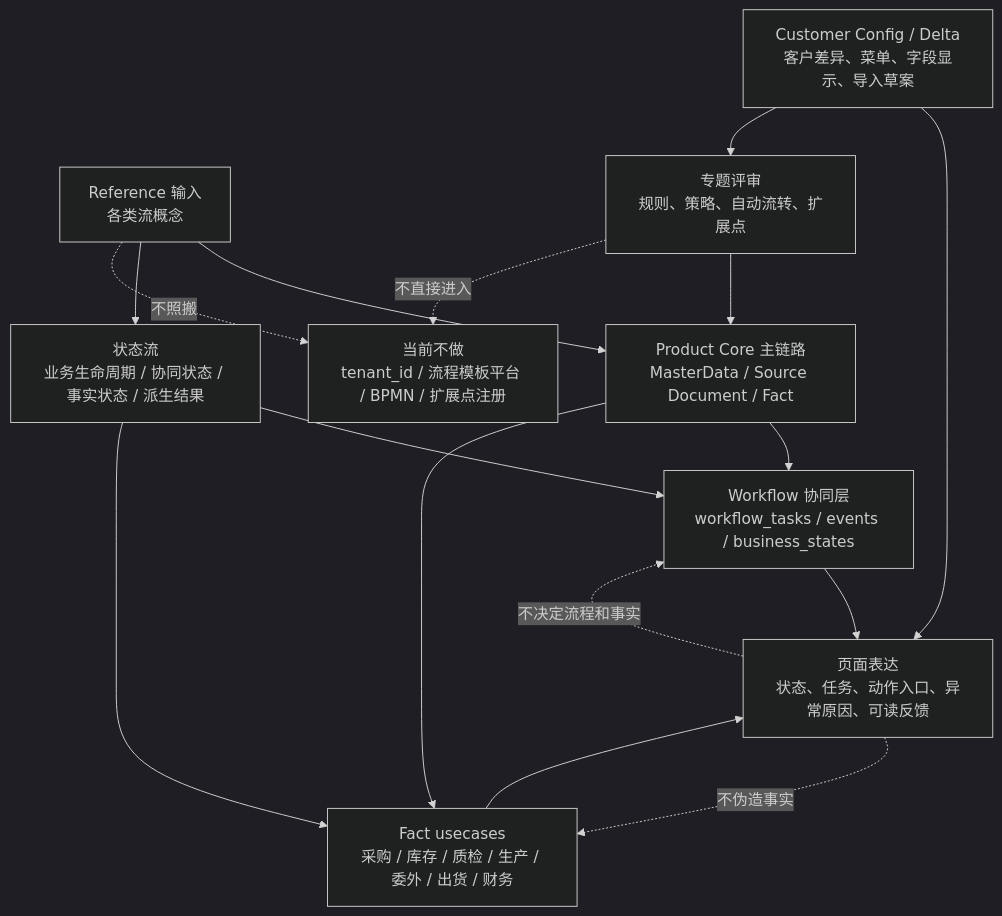
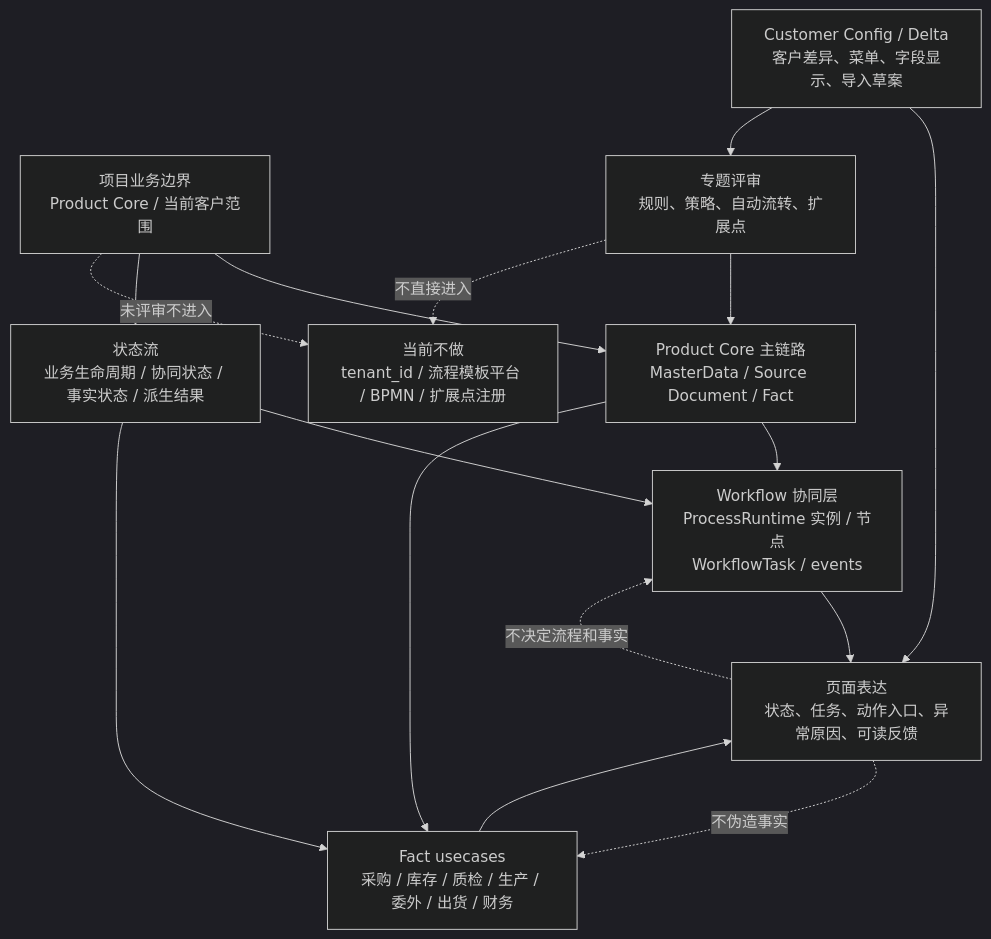
The diagram in docs/architecture/各类流程建模边界评审.md (saurick/plush-toy-erp), drawn with Mermaid (dark theme) before and after one commit. The commit also changed other lines of this file and 95 other files, not shown here.

````diff
--- a/docs/architecture/各类流程建模边界评审.md
+++ b/docs/architecture/各类流程建模边界评审.md
@@ -37,28 +39,28 @@
 ```mermaid
 flowchart TD
-  reference["Reference 输入<br/>各类流概念"]
+  scope["项目业务边界<br/>Product Core / 当前客户范围"]
   productCore["Product Core 主链路<br/>MasterData / Source Document / Fact"]
   stateBoundary["状态流<br/>业务生命周期 / 协同状态 / 事实状态 / 派生结果"]
-  workflow["Workflow 协同层<br/>workflow_tasks / events / business_states"]
+  workflow["Workflow 协同层<br/>ProcessRuntime 实例 / 节点<br/>WorkflowTask / events"]
   facts["Fact usecases<br/>采购 / 库存 / 质检 / 生产 / 委外 / 出货 / 财务"]
   page["页面表达<br/>状态、任务、动作入口、异常原因、可读反馈"]
   customer["Customer Config / Delta<br/>客户差异、菜单、字段显示、导入草案"]
   review["专题评审<br/>规则、策略、自动流转、扩展点"]
   forbidden["当前不做<br/>tenant_id / 流程模板平台 / BPMN / 扩展点注册"]
 
-  reference --> productCore
-  reference --> stateBoundary
+  scope --> productCore
+  scope --> stateBoundary
   productCore --> workflow
   productCore --> facts
   stateBoundary --> workflow
   stateBoundary --> facts
   workflow --> page
   facts --> page
   customer --> page
   customer --> review
   review --> productCore
   review -. 不直接进入 .-> forbidden
-  reference -. 不照搬 .-> forbidden
+  scope -. 未评审不进入 .-> forbidden
   page -. 不决定流程和事实 .-> workflow
   page -. 不伪造事实 .-> facts
 ```
````
